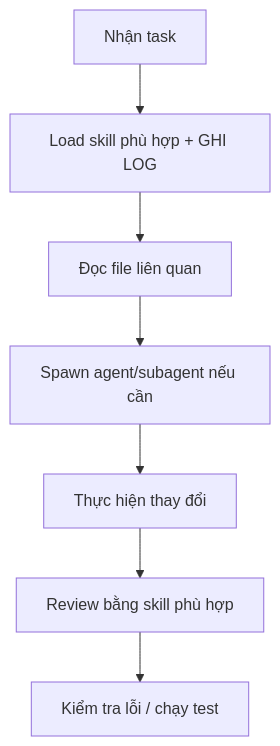
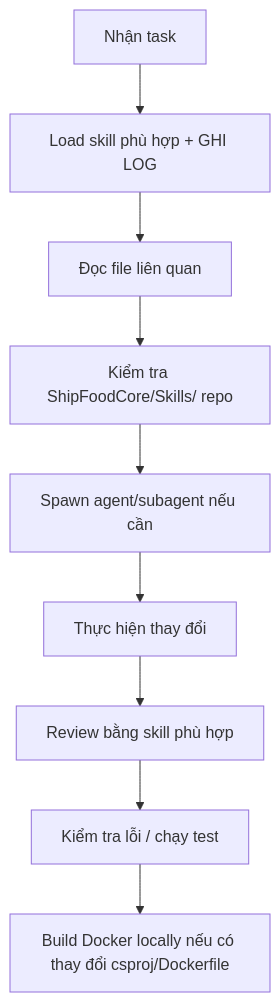
The diagram in CLAUDE.md (MingDuc1905/TMDT), drawn with Mermaid before and after one commit. The commit also changed other lines of this file and 2 other files, not shown here.

Commit message:
fix: QRCoder v1.6.1->1.7.0, add .dockerignore (exclude Skills/ 86MB), update CLAUDE.md rules

````diff
--- a/CLAUDE.md
+++ b/CLAUDE.md
@@ -88,9 +124,11 @@
 ```mermaid
 flowchart TD
     A[Nhận task] --> B[Load skill phù hợp + GHI LOG]
     B --> C[Đọc file liên quan]
-    C --> D[Spawn agent/subagent nếu cần]
-    D --> E[Thực hiện thay đổi]
-    E --> F[Review bằng skill phù hợp]
-    F --> G[Kiểm tra lỗi / chạy test]
+    C --> D[Kiểm tra ShipFoodCore/Skills/ repo]
+    D --> E[Spawn agent/subagent nếu cần]
+    E --> F[Thực hiện thay đổi]
+    F --> G[Review bằng skill phù hợp]
+    G --> H[Kiểm tra lỗi / chạy test]
+    H --> I[Build Docker locally nếu có thay đổi csproj/Dockerfile]
 ```
````
